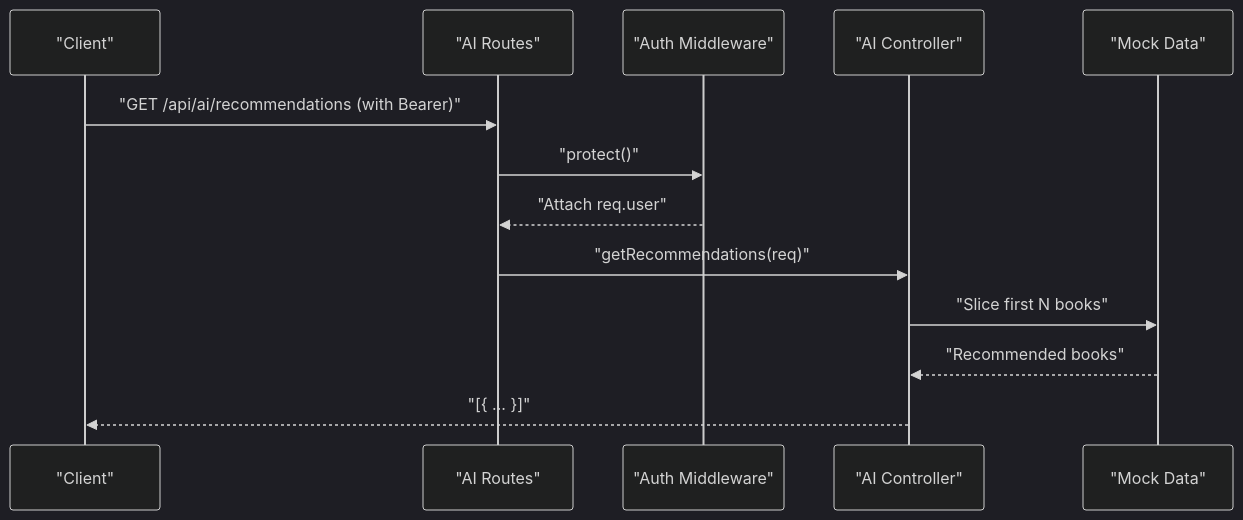
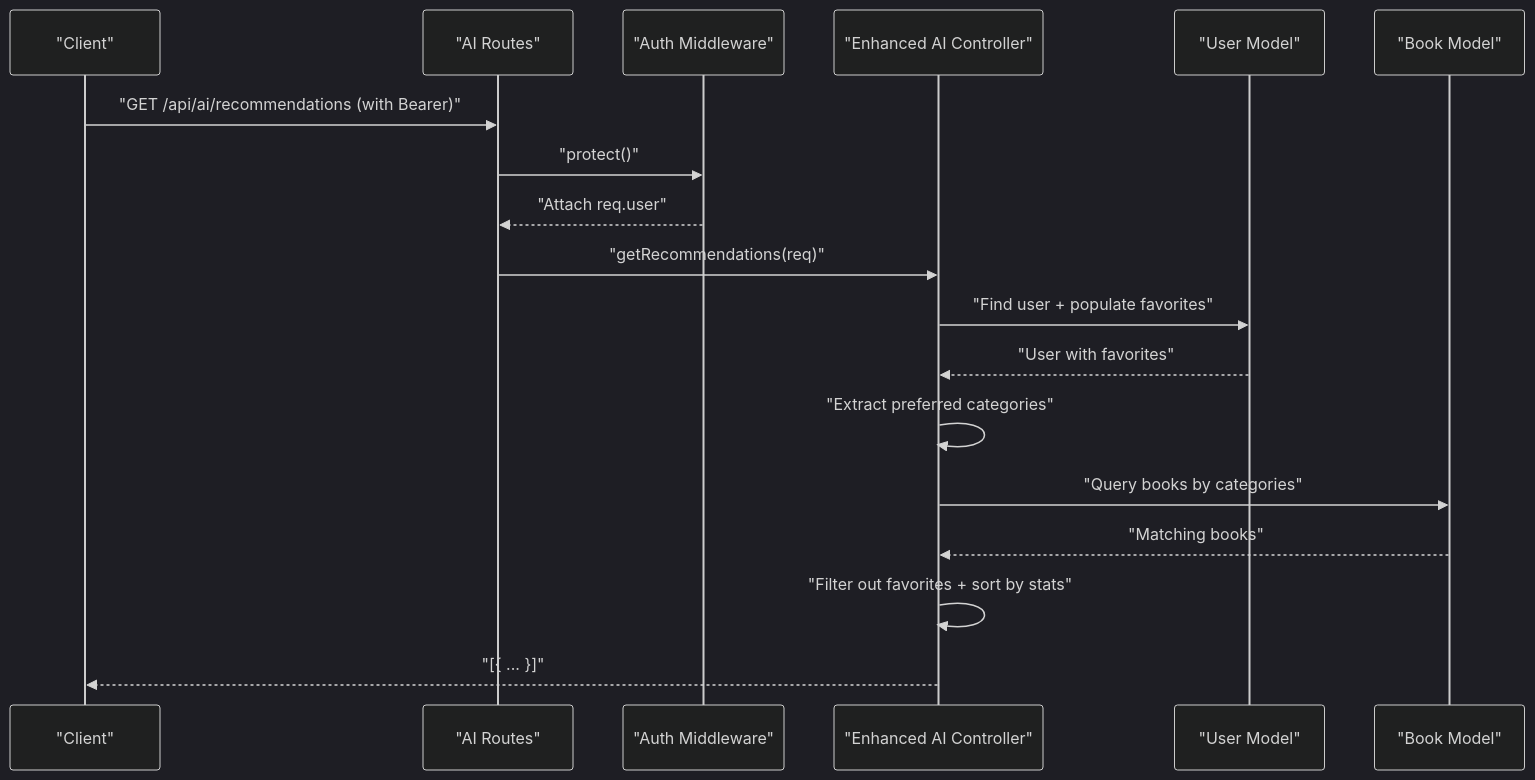
Before and after one commit to ganesh-NB/readsphere: the fourth of 7 diagrams in .qoder/repowiki/en/content/AI-Powered Features.md, drawn with Mermaid (dark theme). The commit also changed other lines of this file and 46 other files, not shown here.

````diff
--- a/.qoder/repowiki/en/content/AI-Powered Features.md
+++ b/.qoder/repowiki/en/content/AI-Powered Features.md
@@ -172,15 +210,20 @@
 ```mermaid
 sequenceDiagram
 participant Client as "Client"
 participant Router as "AI Routes"
 participant Middleware as "Auth Middleware"
-participant Controller as "AI Controller"
-participant Mock as "Mock Data"
+participant Controller as "Enhanced AI Controller"
+participant UserModel as "User Model"
+participant BookModel as "Book Model"
 Client->>Router : "GET /api/ai/recommendations (with Bearer)"
 Router->>Middleware : "protect()"
 Middleware-->>Router : "Attach req.user"
 Router->>Controller : "getRecommendations(req)"
-Controller->>Mock : "Slice first N books"
-Mock-->>Controller : "Recommended books"
+Controller->>UserModel : "Find user + populate favorites"
+UserModel-->>Controller : "User with favorites"
+Controller->>Controller : "Extract preferred categories"
+Controller->>BookModel : "Query books by categories"
+BookModel-->>Controller : "Matching books"
+Controller->>Controller : "Filter out favorites + sort by stats"
 Controller-->>Client : "[{ ... }]"
 ```
````
